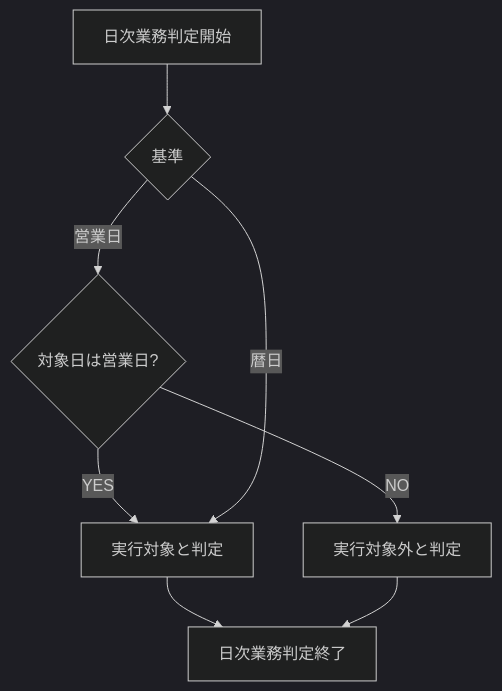
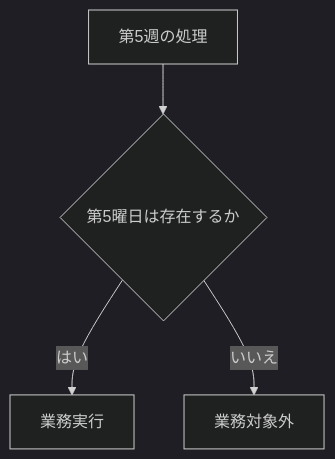
One commit to mkuwan/TaskManaging changed diagram 19 of 20 in README.md. Above: the diagram before and after it, drawn with Mermaid (dark theme). The commit also changed other lines of this file and 10 other files, not shown here.

````diff
--- a/README.md
+++ b/README.md
@@ -835,10 +869,6 @@
 ```mermaid
-flowchart TB
-    日次開始[日次業務判定開始] --> 基準分岐{基準}
-    基準分岐 -->|営業日| 営業日判定{対象日は営業日?}
-    営業日判定 -->|YES| 日次実行[実行対象と判定]
-    営業日判定 -->|NO| 日次実行対象外[実行対象外と判定]
-    基準分岐 -->|暦日| 日次実行[実行対象と判定]
-    日次実行 --> 日次終了[日次業務判定終了]
-    日次実行対象外 --> 日次終了
+graph TD
+    A[第5週の処理] --> B{第5曜日は存在するか}
+    B -->|はい| C[業務実行]
+    B -->|いいえ| D[業務対象外]
 ```
````
